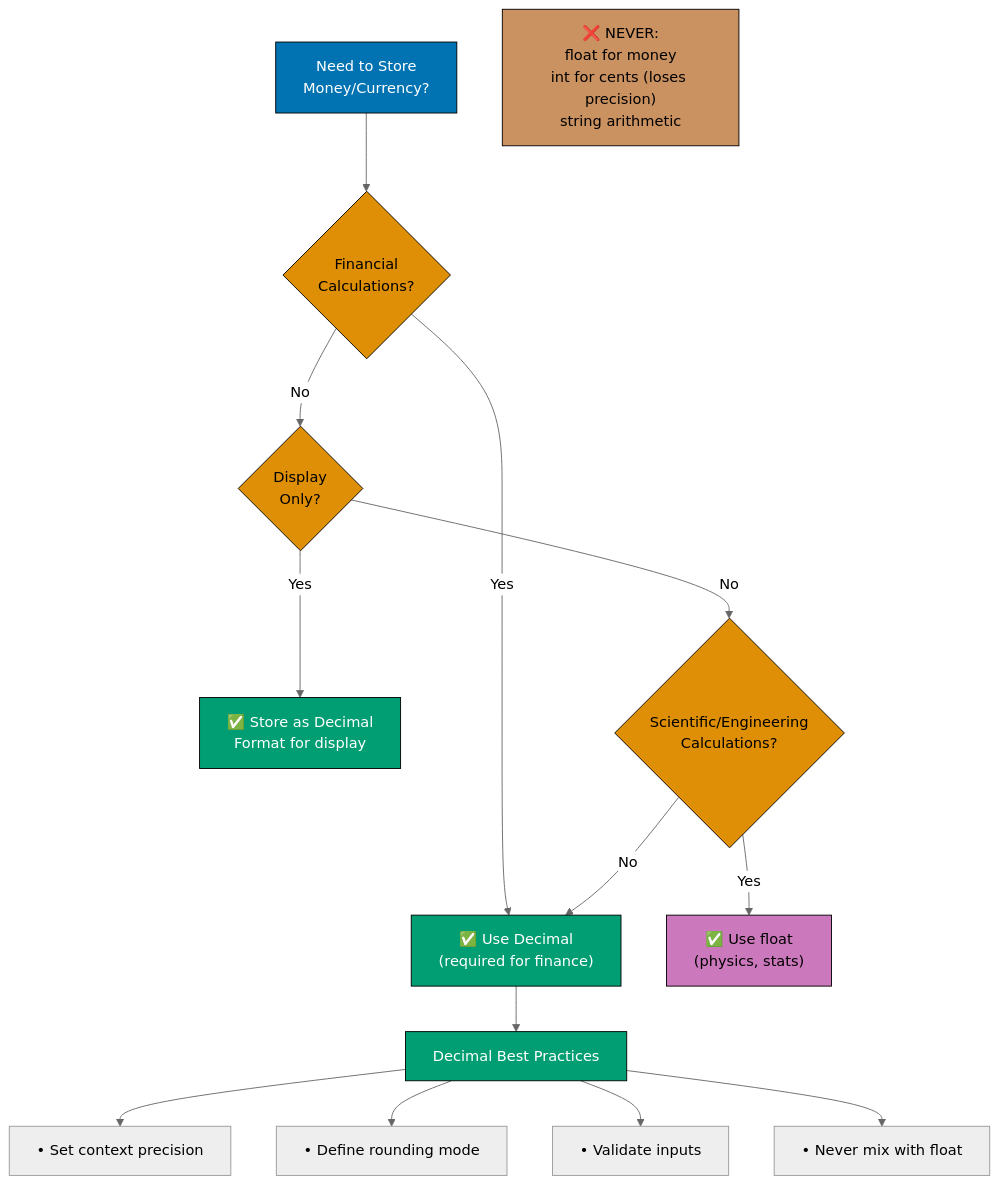
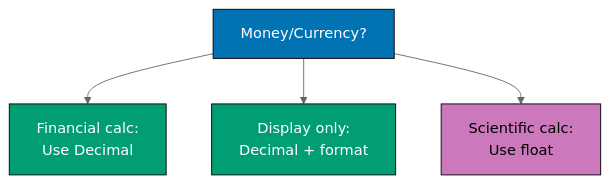
One commit to wahidyankf/ose-primer changed the sixth of 6 diagrams in docs/explanation/software-engineering/programming-languages/python/anti-patterns.md. Above: the diagram before and after it, drawn with Mermaid (neutral theme). The commit also changed other lines of this file and 12 other files, not shown here.

Commit message:
fix(docs): fix mermaid violations in python/ docs (batch 2/10)

````diff
--- a/docs/explanation/software-engineering/programming-languages/python/anti-patterns.md
+++ b/docs/explanation/software-engineering/programming-languages/python/anti-patterns.md
@@ -2344,30 +2301,13 @@
 ```mermaid
 %% Color Palette: Blue #0173B2, Orange #DE8F05, Teal #029E73, Purple #CC78BC, Brown #CA9161
 %% All colors are color-blind friendly and meet WCAG AA contrast standards
 
 graph TD
-    A["Need to Store<br/>Money/Currency?"]:::blue --> B{"Financial<br/>Calculations?"}:::orange
-
-    B -->|"Yes"| C["✅ Use Decimal<br/>(required for finance)"]:::teal
-    B -->|"No"| D{"Display<br/>Only?"}:::orange
-
-    D -->|"Yes"| E["✅ Store as Decimal<br/>Format for display"]:::teal
-    D -->|"No"| F{"Scientific/Engineering<br/>Calculations?"}:::orange
-
-    F -->|"Yes"| G["✅ Use float<br/>(physics, stats)"]:::purple
-    F -->|"No"| C
-
-    C --> H["Decimal Best Practices"]:::teal
-    H --> H1["• Set context precision"]
-    H --> H2["• Define rounding mode"]
-    H --> H3["• Validate inputs"]
-    H --> H4["• Never mix with float"]
-
-    Note["❌ NEVER:<br/>float for money<br/>int for cents (loses precision)<br/>string arithmetic"]:::brown
+    A["Money/Currency?"]:::blue --> B["Financial calc:<br/>Use Decimal"]:::teal
+    A --> C["Display only:<br/>Decimal + format"]:::teal
+    A --> D["Scientific calc:<br/>Use float"]:::purple
 
     classDef blue fill:#0173B2,stroke:#000,color:#fff
-    classDef orange fill:#DE8F05,stroke:#000,color:#000
     classDef teal fill:#029E73,stroke:#000,color:#fff
     classDef purple fill:#CC78BC,stroke:#000,color:#000
-    classDef brown fill:#CA9161,stroke:#000,color:#000
 ```
````
